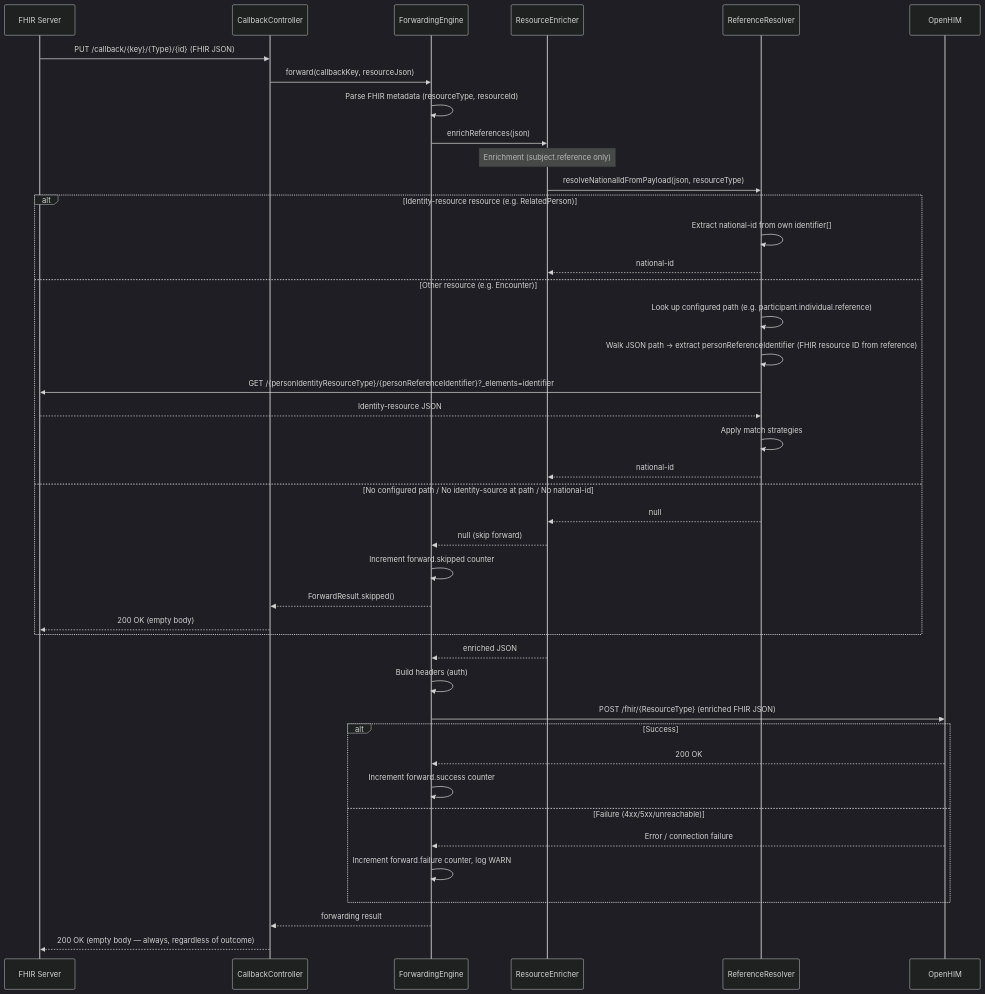
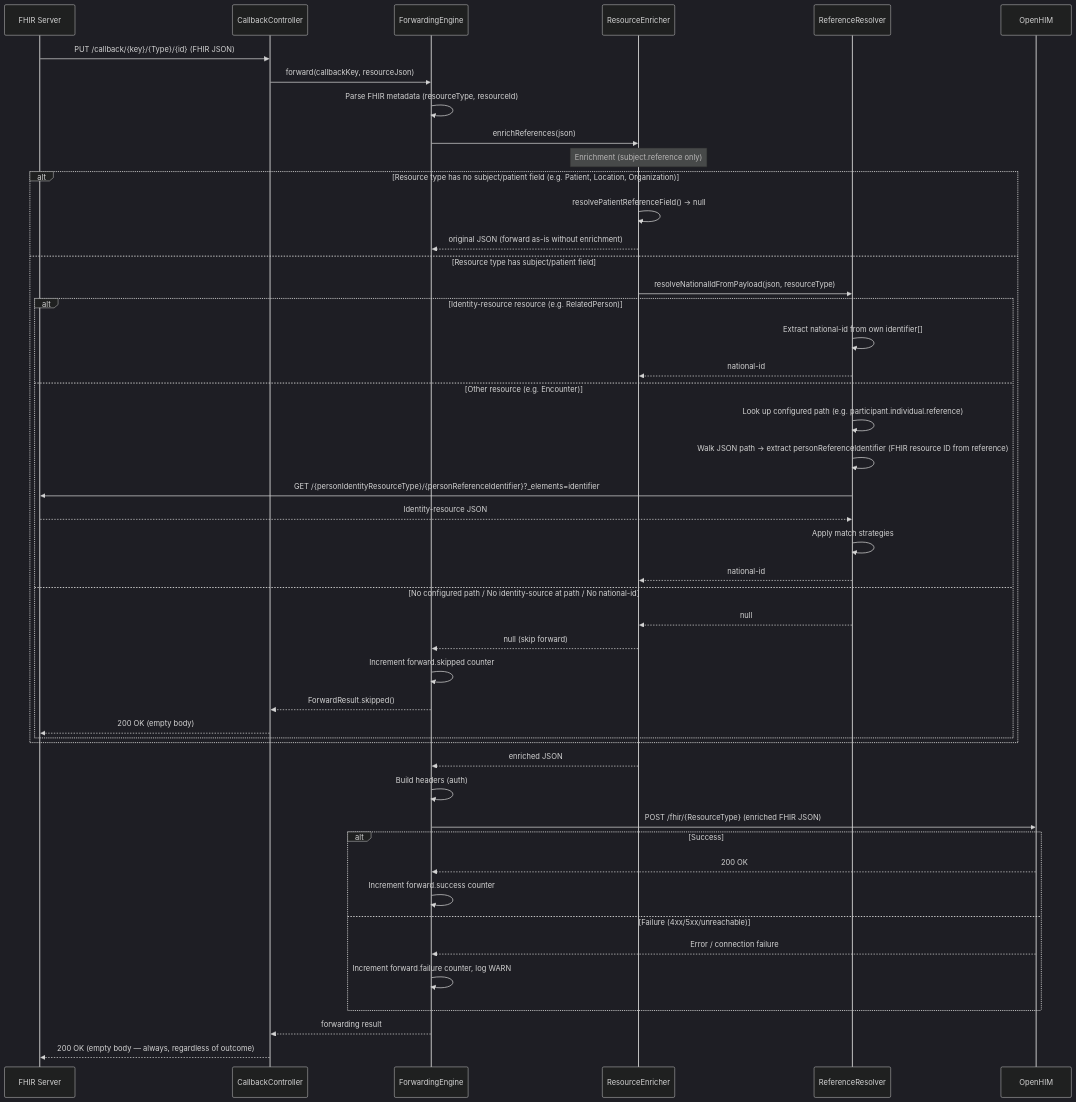
One commit to ishashankakkasali/fhir-cce-emitter-adaptor changed the second of 2 diagrams in docs/architecture.md. Above: the diagram before and after it, drawn with Mermaid (dark theme). The commit also changed other lines of this file and 5 other files, not shown here.

Commit message:
update: Enhance documentation and code to handle resource types without subject/patient fields, optimizing national-id resolution process

````diff
--- a/docs/architecture.md
+++ b/docs/architecture.md
@@ -292,47 +292,52 @@
 ```mermaid
 sequenceDiagram
     participant FS as FHIR Server
     participant CB as CallbackController
     participant FE as ForwardingEngine
     participant RE as ResourceEnricher
     participant RR as ReferenceResolver
     participant T as OpenHIM
 
     FS->>CB: PUT /callback/{key}/{Type}/{id} (FHIR JSON)
     CB->>FE: forward(callbackKey, resourceJson)
     FE->>FE: Parse FHIR metadata (resourceType, resourceId)
     FE->>RE: enrichReferences(json)
 
     Note over RE: Enrichment (subject.reference only)
-    RE->>RR: resolveNationalIdFromPayload(json, resourceType)
-    alt Identity-resource resource (e.g. RelatedPerson)
-        RR->>RR: Extract national-id from own identifier[]
-        RR-->>RE: national-id
-    else Other resource (e.g. Encounter)
-        RR->>RR: Look up configured path (e.g. participant.individual.reference)
-        RR->>RR: Walk JSON path → extract personReferenceIdentifier (FHIR resource ID from reference)
-        RR->>FS: GET /{personIdentityResourceType}/{personReferenceIdentifier}?_elements=identifier
-        FS-->>RR: Identity-resource JSON
-        RR->>RR: Apply match strategies
-        RR-->>RE: national-id
-    else No configured path / No identity-source at path / No national-id
-        RR-->>RE: null
-        RE-->>FE: null (skip forward)
-        FE->>FE: Increment forward.skipped counter
-        FE-->>CB: ForwardResult.skipped()
-        CB-->>FS: 200 OK (empty body)
+    alt Resource type has no subject/patient field (e.g. Patient, Location, Organization)
+        RE->>RE: resolvePatientReferenceField() → null
+        RE-->>FE: original JSON (forward as-is without enrichment)
+    else Resource type has subject/patient field
+        RE->>RR: resolveNationalIdFromPayload(json, resourceType)
+        alt Identity-resource resource (e.g. RelatedPerson)
+            RR->>RR: Extract national-id from own identifier[]
+            RR-->>RE: national-id
+        else Other resource (e.g. Encounter)
+            RR->>RR: Look up configured path (e.g. participant.individual.reference)
+            RR->>RR: Walk JSON path → extract personReferenceIdentifier (FHIR resource ID from reference)
+            RR->>FS: GET /{personIdentityResourceType}/{personReferenceIdentifier}?_elements=identifier
+            FS-->>RR: Identity-resource JSON
+            RR->>RR: Apply match strategies
+            RR-->>RE: national-id
+        else No configured path / No identity-source at path / No national-id
+            RR-->>RE: null
+            RE-->>FE: null (skip forward)
+            FE->>FE: Increment forward.skipped counter
+            FE-->>CB: ForwardResult.skipped()
+            CB-->>FS: 200 OK (empty body)
+        end
     end
 
     RE-->>FE: enriched JSON
     FE->>FE: Build headers (auth)
     FE->>T: POST /fhir/{ResourceType} (enriched FHIR JSON)
     alt Success
         T-->>FE: 200 OK
         FE->>FE: Increment forward.success counter
     else Failure (4xx/5xx/unreachable)
         T-->>FE: Error / connection failure
         FE->>FE: Increment forward.failure counter, log WARN
     end
     FE-->>CB: forwarding result
     CB-->>FS: 200 OK (empty body — always, regardless of outcome)
 ```
````
